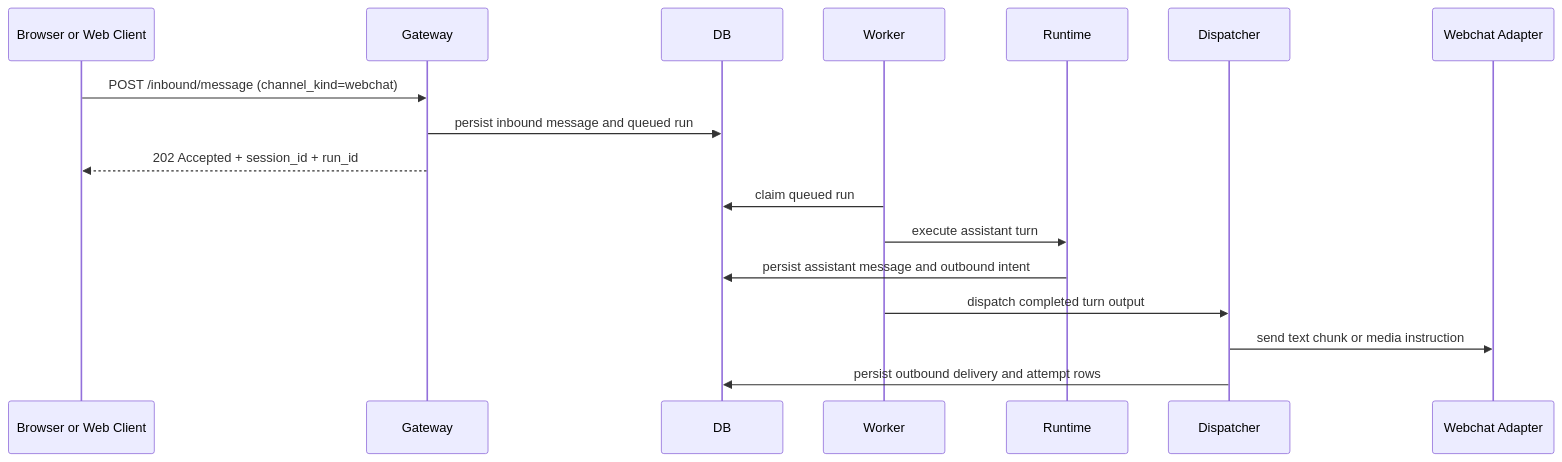
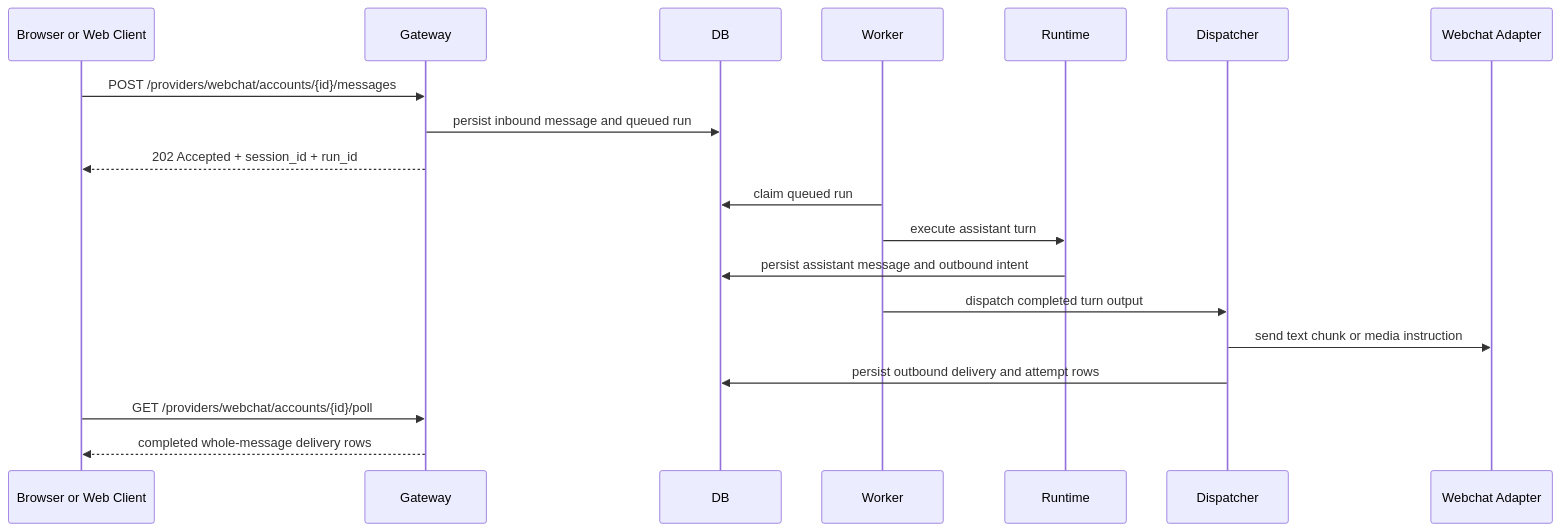
Before and after one commit to scott5252/python-claw: the fourth of 4 diagrams in README.md, drawn with Mermaid. The commit also changed other lines of this file and 1 other file, not shown here.

````diff
--- a/README.md
+++ b/README.md
@@ -769,20 +879,22 @@
 ```mermaid
 sequenceDiagram
     participant Browser as Browser or Web Client
     participant Gateway
     participant DB
     participant Worker
     participant Runtime
     participant Dispatcher
     participant Webchat as Webchat Adapter
 
-    Browser->>Gateway: POST /inbound/message (channel_kind=webchat)
+    Browser->>Gateway: POST /providers/webchat/accounts/{id}/messages
     Gateway->>DB: persist inbound message and queued run
     Gateway-->>Browser: 202 Accepted + session_id + run_id
     Worker->>DB: claim queued run
     Worker->>Runtime: execute assistant turn
     Runtime->>DB: persist assistant message and outbound intent
     Worker->>Dispatcher: dispatch completed turn output
     Dispatcher->>Webchat: send text chunk or media instruction
     Dispatcher->>DB: persist outbound delivery and attempt rows
+    Browser->>Gateway: GET /providers/webchat/accounts/{id}/poll
+    Gateway-->>Browser: completed whole-message delivery rows
 ```
````
